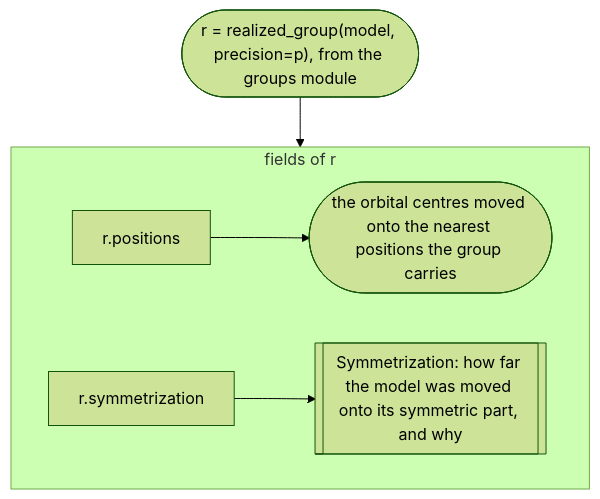
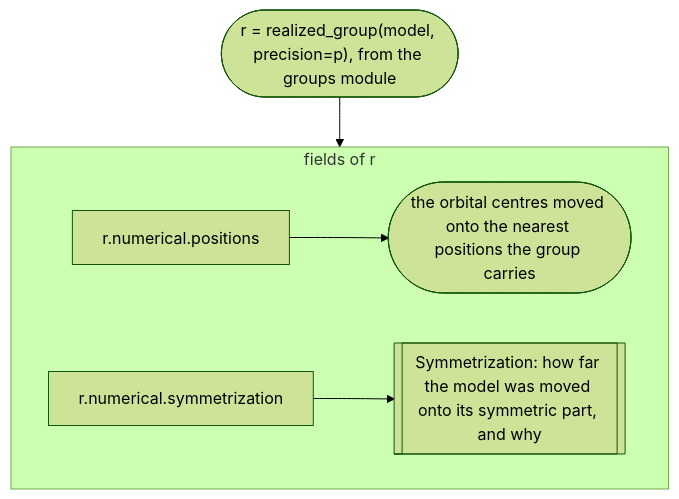
One commit to bbradlyn/pythtqc changed the fifth of 8 diagrams in docs/background/modules.md. Above: the diagram before and after it, drawn with Mermaid (forest theme). The commit also changed other lines of this file and 78 other files, not shown here.

First line of the commit message:
pythtqc: what realized_group returns is read by name, its orbitals as rows by Wyckoff orbit

````diff
--- a/docs/background/modules.md
+++ b/docs/background/modules.md
@@ -171,12 +169,12 @@
 ```mermaid
 flowchart TD
     y_r(["r = realized_group(model, precision=p), from the groups module"])
 
     y_r --> y_fields
 
     subgraph y_fields ["fields of r"]
         direction LR
-        y_positions["r.positions"] --> y_moved(["the orbital centres moved onto the nearest positions the group carries"])
-        y_symmetrization["r.symmetrization"] --> y_sym[["Symmetrization: how far the model was moved onto its symmetric part, and why"]]
+        y_positions["r.numerical.positions"] --> y_moved(["the orbital centres moved onto the nearest positions the group carries"])
+        y_symmetrization["r.numerical.symmetrization"] --> y_sym[["Symmetrization: how far the model was moved onto its symmetric part, and why"]]
     end
 ```
````
